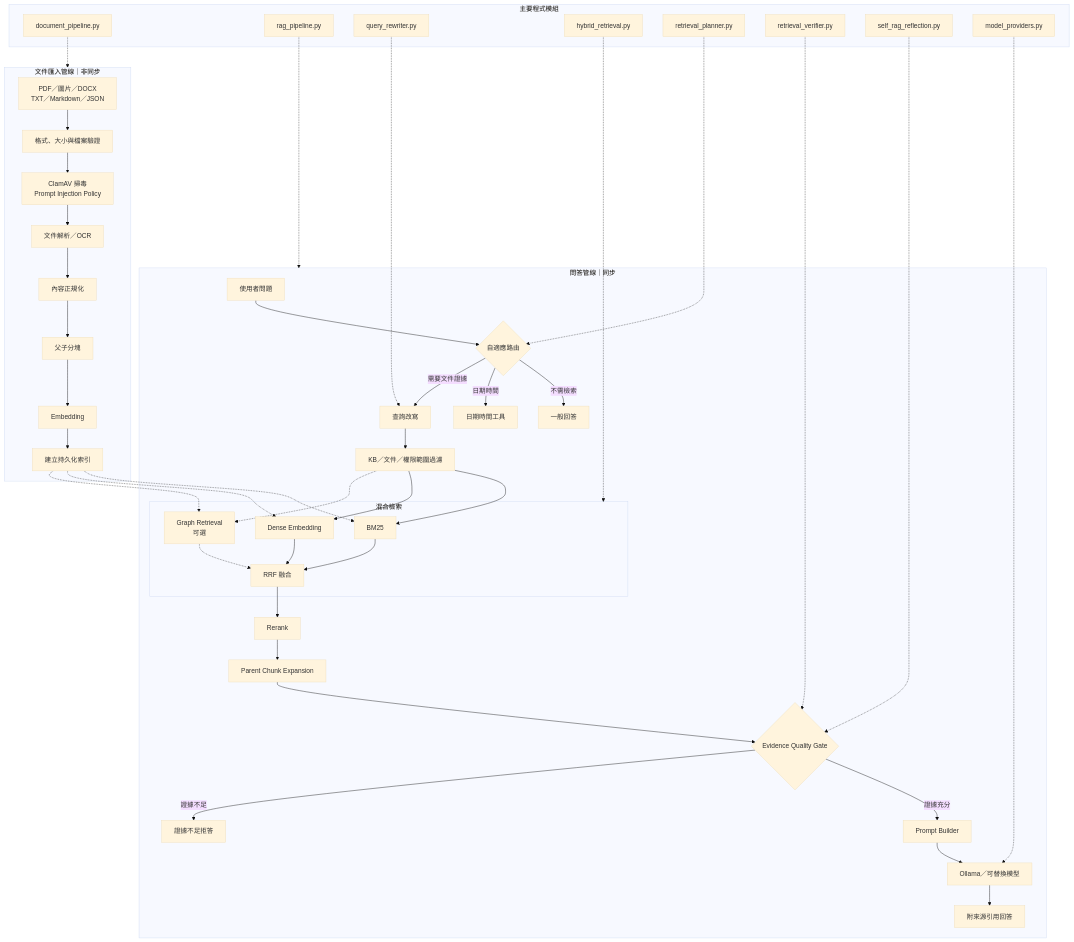
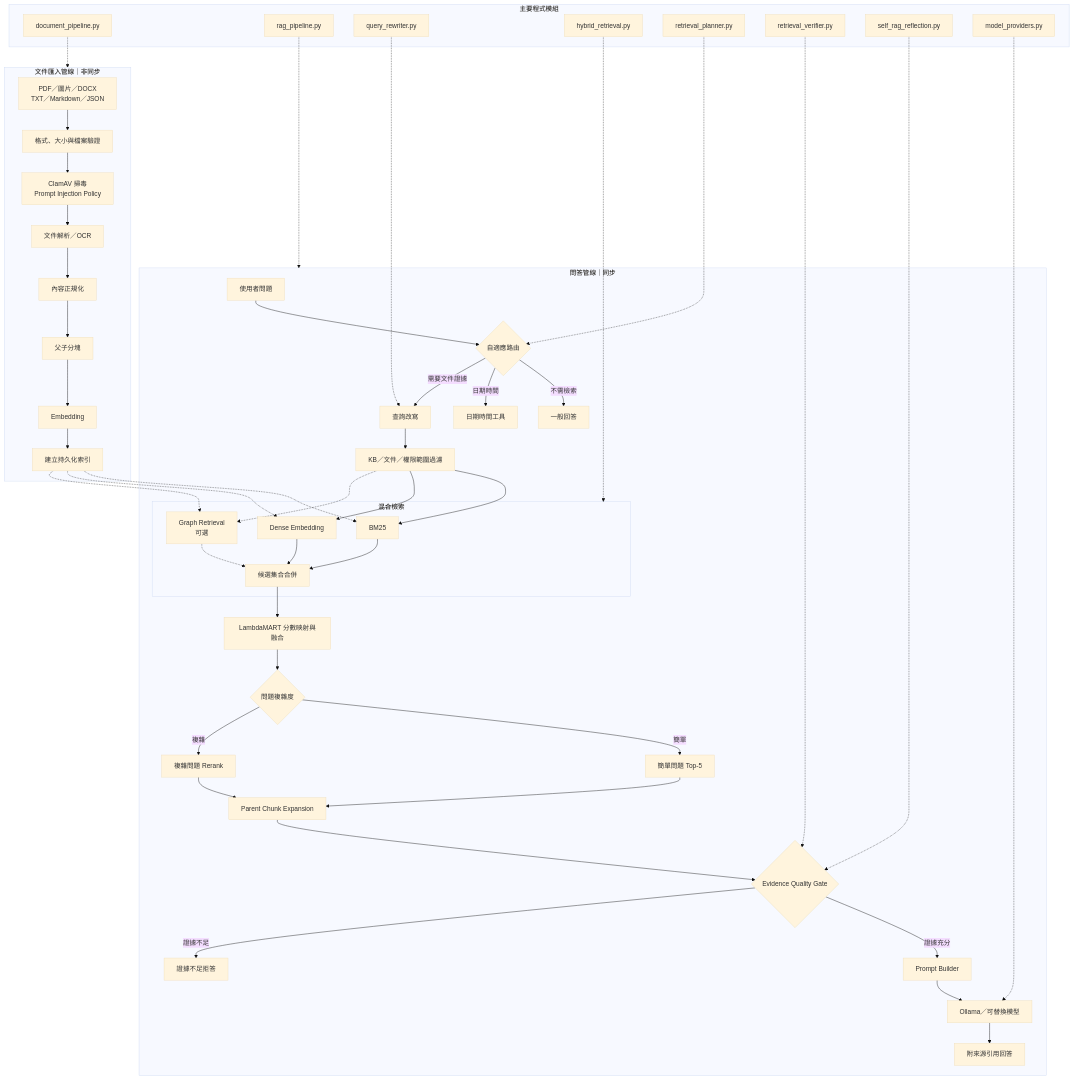
Before and after one commit to Ryan1998-0/Universal-RAG: the third of 3 diagrams in docs/architecture_by_granularity.md, drawn with Mermaid (base theme). The commit also changed 65 other files, not shown here.

```diff
--- a/docs/architecture_by_granularity.md
+++ b/docs/architecture_by_granularity.md
@@ -120,10 +120,13 @@
             BM25[BM25]
             DENSE[Dense Embedding]
             GRAPH[Graph Retrieval<br/>可選]
-            RRF[RRF 融合]
+            RRF[候選集合合併]
         end
 
-        RERANK[Rerank]
+        FUSION[LambdaMART 分數映射與融合]
+        COMPLEXITY{問題複雜度}
+        SIMPLE[簡單問題 Top-5]
+        RERANK[複雜問題 Rerank]
         EXPAND[Parent Chunk Expansion]
         VERIFY{Evidence Quality Gate}
         PROMPT[Prompt Builder]
@@ -145,7 +148,10 @@
         DENSE --> RRF
         GRAPH -.-> RRF
 
-        RRF --> RERANK --> EXPAND --> VERIFY
+        RRF --> FUSION --> COMPLEXITY
+        COMPLEXITY -->|簡單| SIMPLE --> EXPAND
+        COMPLEXITY -->|複雜| RERANK --> EXPAND
+        EXPAND --> VERIFY
         VERIFY -->|證據充分| PROMPT --> LLM --> GROUNDED
         VERIFY -->|證據不足| REFUSE
     end
```
